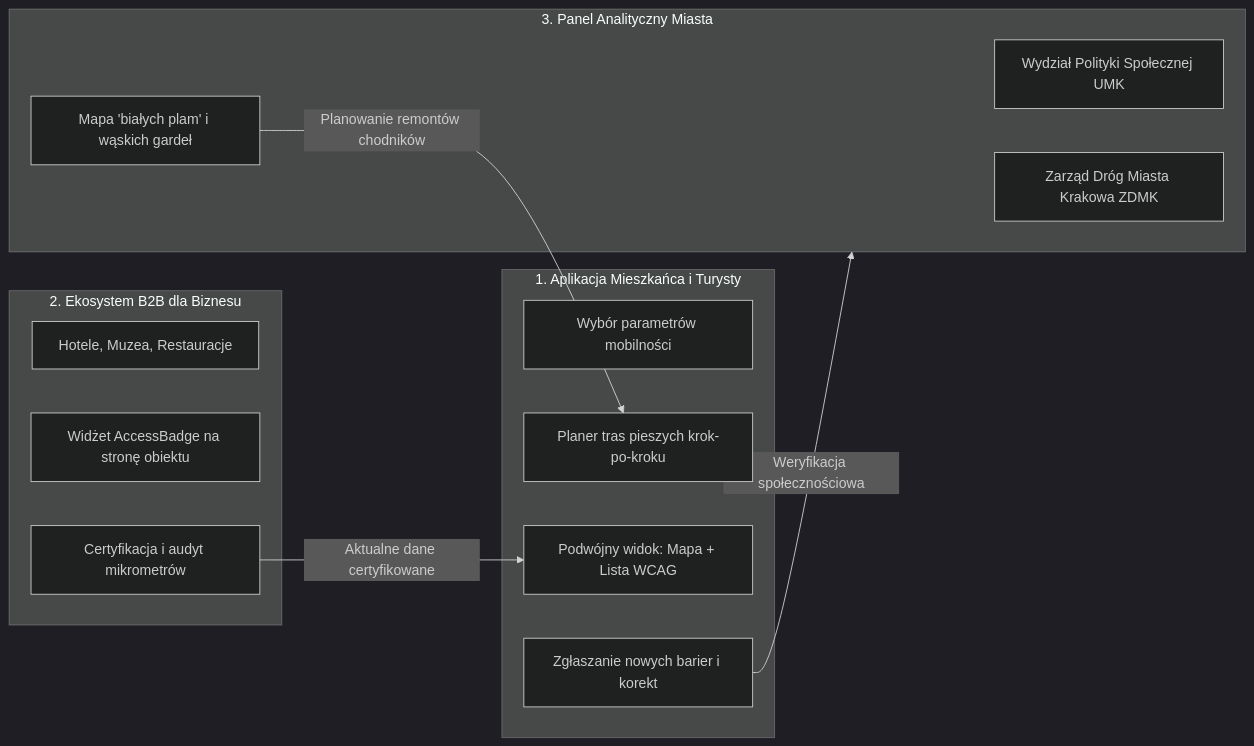
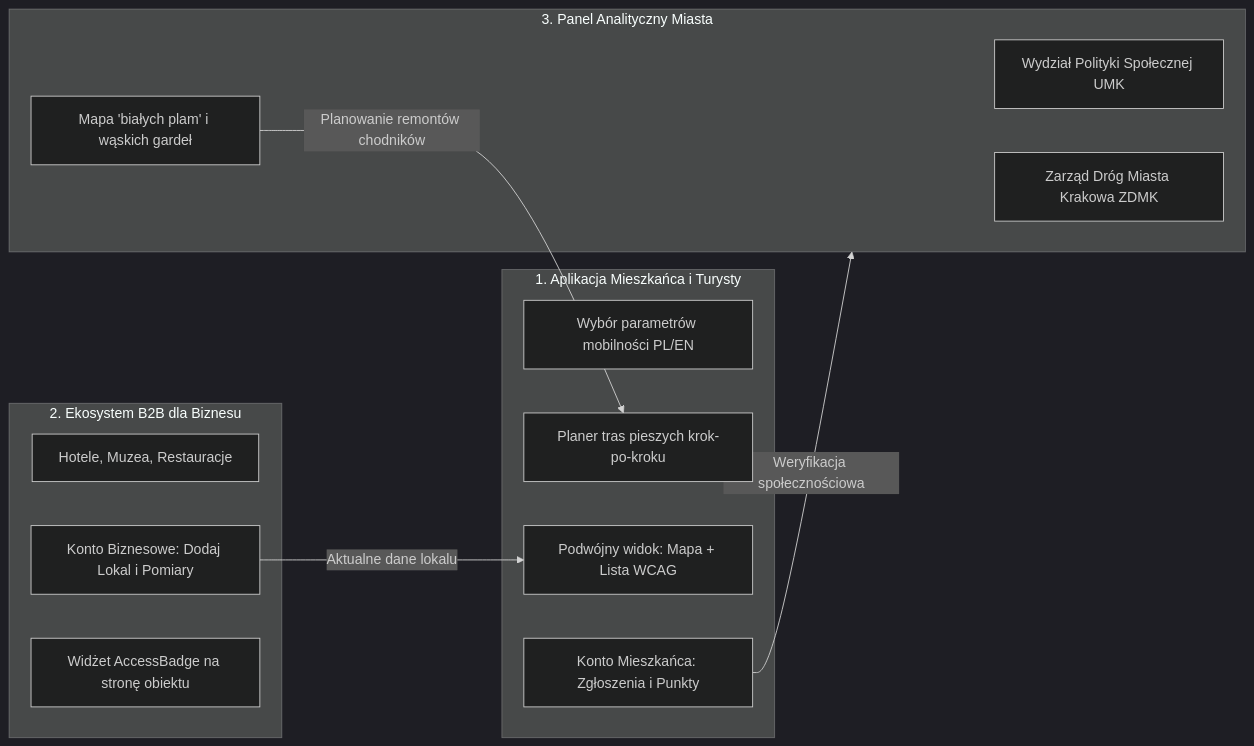
One commit to Faworek9/Krakow_Bez_Barier changed the diagram in IDEA_I_KONCEPCJA_PROJEKTU.md. Above: the diagram before and after it, drawn with Mermaid (dark theme). The commit also changed other lines of this file and 4 other files, not shown here.

````diff
--- a/IDEA_I_KONCEPCJA_PROJEKTU.md
+++ b/IDEA_I_KONCEPCJA_PROJEKTU.md
@@ -75,25 +86,25 @@
 ```mermaid
 flowchart LR
     subgraph ObywatelTurysta ["1. Aplikacja Mieszkańca i Turysty"]
-        A1[Wybór parametrów mobilności]
+        A1[Wybór parametrów mobilności PL/EN]
         A2[Podwójny widok: Mapa + Lista WCAG]
         A3[Planer tras pieszych krok-po-kroku]
-        A4[Zgłaszanie nowych barier i korekt]
+        A4[Konto Mieszkańca: Zgłoszenia i Punkty]
     end
 
     subgraph B2B ["2. Ekosystem B2B dla Biznesu"]
         B1[Hotele, Muzea, Restauracje]
-        B2[Widżet AccessBadge na stronę obiektu]
-        B3[Certyfikacja i audyt mikrometrów]
+        B2[Konto Biznesowe: Dodaj Lokal i Pomiary]
+        B3[Widżet AccessBadge na stronę obiektu]
     end
 
     subgraph B2G ["3. Panel Analityczny Miasta"]
         C1[Wydział Polityki Społecznej UMK]
         C2[Zarząd Dróg Miasta Krakowa ZDMK]
         C3[Mapa 'białych plam' i wąskich gardeł]
     end
 
     A4 -->|Weryfikacja społecznościowa| B2G
-    B3 -->|Aktualne dane certyfikowane| A2
+    B2 -->|Aktualne dane lokalu| A2
     C3 -->|Planowanie remontów chodników| A3
 ```
````
